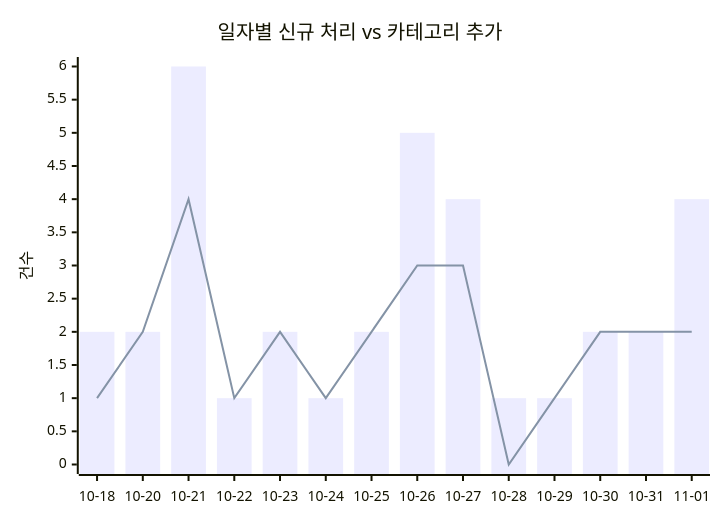
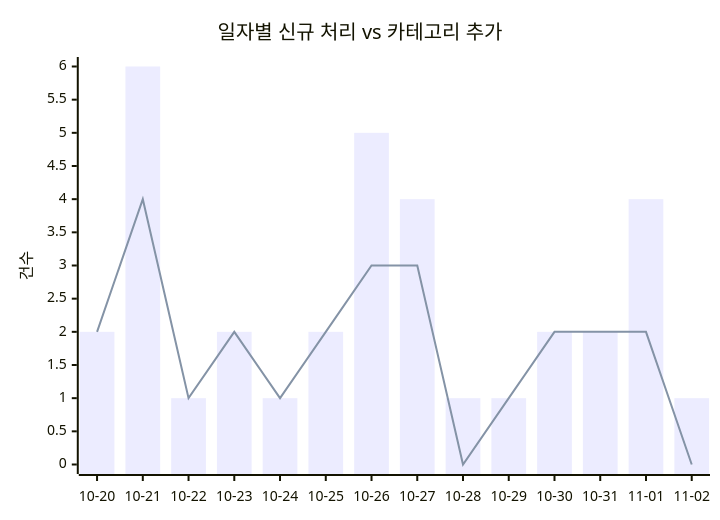
The first of 2 diagrams in docs/trends.md (J-nowcow/awesome-korean-agent-skills), drawn with Mermaid before and after one commit. The commit also changed other lines of this file and 2 other files, not shown here.

````diff
--- a/docs/trends.md
+++ b/docs/trends.md
@@ -32,8 +32,8 @@
 ```mermaid
 xychart-beta
     title "일자별 신규 처리 vs 카테고리 추가"
-    x-axis ["10-18","10-20","10-21","10-22","10-23","10-24","10-25","10-26","10-27","10-28","10-29","10-30","10-31","11-01"]
+    x-axis ["10-20","10-21","10-22","10-23","10-24","10-25","10-26","10-27","10-28","10-29","10-30","10-31","11-01","11-02"]
     y-axis "건수"
-    bar [2,2,6,1,2,1,2,5,4,1,1,2,2,4]
-    line [1,2,4,1,2,1,2,3,3,0,1,2,2,2]
+    bar [2,6,1,2,1,2,5,4,1,1,2,2,4,1]
+    line [2,4,1,2,1,2,3,3,0,1,2,2,2,0]
 ```
````
